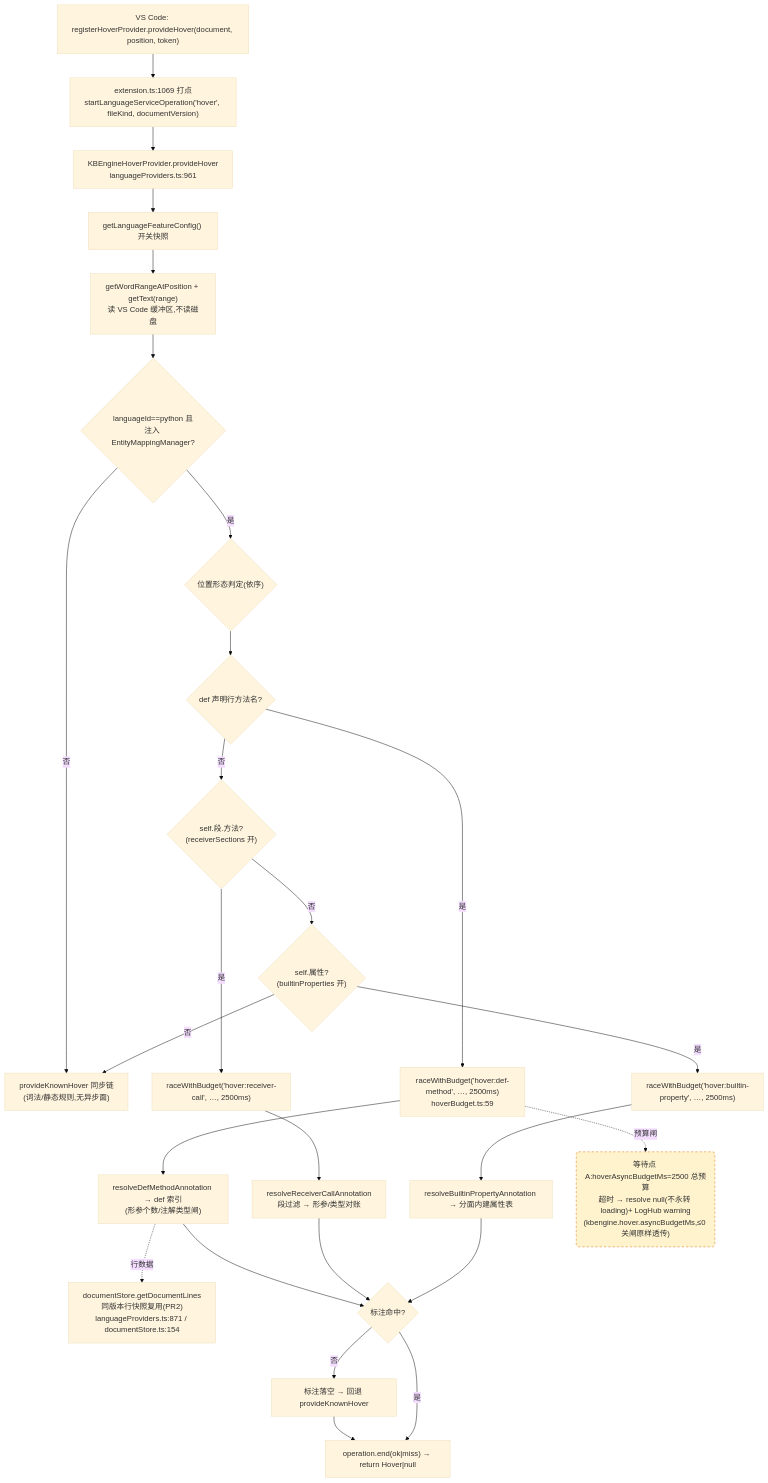
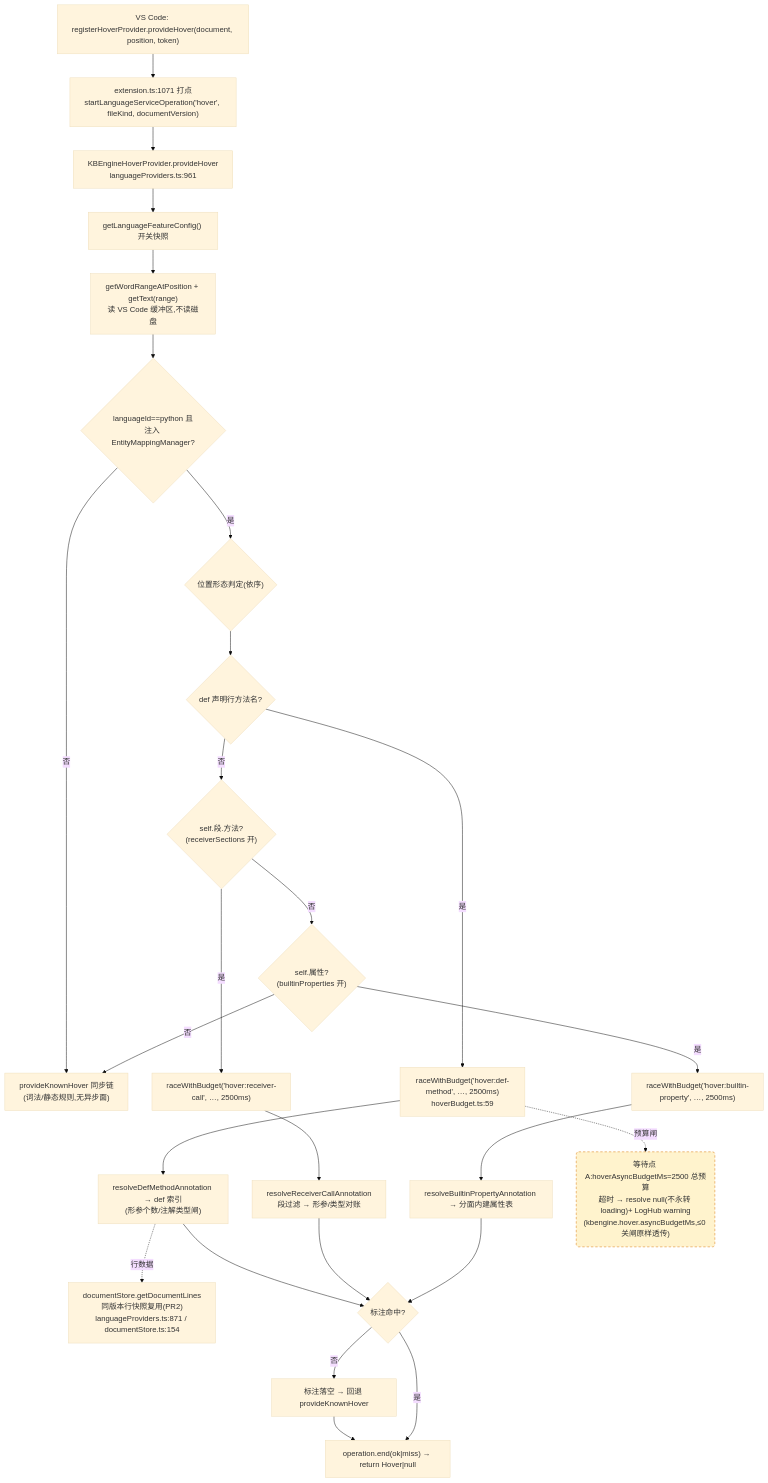
Before and after one commit to cuihairu/kode: the first of 4 diagrams in docs/perf/2026-baseline.md, drawn with Mermaid (base theme). The commit also changed other lines of this file and 24 other files, not shown here.

````diff
--- a/docs/perf/2026-baseline.md
+++ b/docs/perf/2026-baseline.md
@@ -82,45 +82,45 @@
 ```mermaid
 flowchart TD
   VC1["VS Code: registerHoverProvider.provideHover(document, position, token)"]
-  M1["extension.ts:1069 打点<br/>startLanguageServiceOperation('hover', fileKind, documentVersion)"]
+  M1["extension.ts:1071 打点<br/>startLanguageServiceOperation('hover', fileKind, documentVersion)"]
   HP["KBEngineHoverProvider.provideHover<br/>languageProviders.ts:961"]
   CFG["getLanguageFeatureConfig() 开关快照"]
   WORD["getWordRangeAtPosition + getText(range)<br/>读 VS Code 缓冲区,不读磁盘"]
   BR{"languageId==python 且<br/>注入 EntityMappingManager?"}
   KN["provideKnownHover 同步链<br/>(词法/静态规则,无异步面)"]
   POS{"位置形态判定(依序)"}
   D1{"def 声明行方法名?"}
   D2{"self.段.方法?<br/>(receiverSections 开)"}
   D3{"self.属性?<br/>(builtinProperties 开)"}
   RA1["raceWithBudget('hover:def-method', …, 2500ms)<br/>hoverBudget.ts:59"]
   RA2["raceWithBudget('hover:receiver-call', …, 2500ms)"]
   RA3["raceWithBudget('hover:builtin-property', …, 2500ms)"]
   RS1["resolveDefMethodAnnotation → def 索引<br/>(形参个数/注解类型闸)"]
   RS2["resolveReceiverCallAnnotation<br/>段过滤 → 形参/类型对账"]
   RS3["resolveBuiltinPropertyAnnotation → 分面内建属性表"]
   LINES["documentStore.getDocumentLines<br/>同版本行快照复用(PR2)<br/>languageProviders.ts:871 / documentStore.ts:154"]
   MISS["标注落空 → 回退 provideKnownHover"]
   END1["operation.end(ok|miss) → return Hover|null"]
 
   VC1 --> M1 --> HP --> CFG --> WORD --> BR
   BR -- "否" --> KN
   BR -- "是" --> POS --> D1
   D1 -- "是" --> RA1 --> RS1
   D1 -- "否" --> D2
   D2 -- "是" --> RA2 --> RS2
   D2 -- "否" --> D3
   D3 -- "是" --> RA3 --> RS3
   D3 -- "否" --> KN
   RS1 --> HIT{"标注命中?"}
   RS2 --> HIT
   RS3 --> HIT
   RS1 -.->|行数据| LINES
   HIT -- "否" --> MISS --> END1
   HIT -- "是" --> END1
 
   WAITA("等待点 A:hoverAsyncBudgetMs=2500 总预算<br/>超时 → resolve null(不永转 loading)+ LogHub warning<br/>(kbengine.hover.asyncBudgetMs,≤0 关闸原样透传)")
   RA1 -.->|预算闸| WAITA
 
   classDef waitPoint fill:#fff3cd,stroke:#d97706,stroke-dasharray:5 4;
   class WAITA waitPoint;
 ```
````
